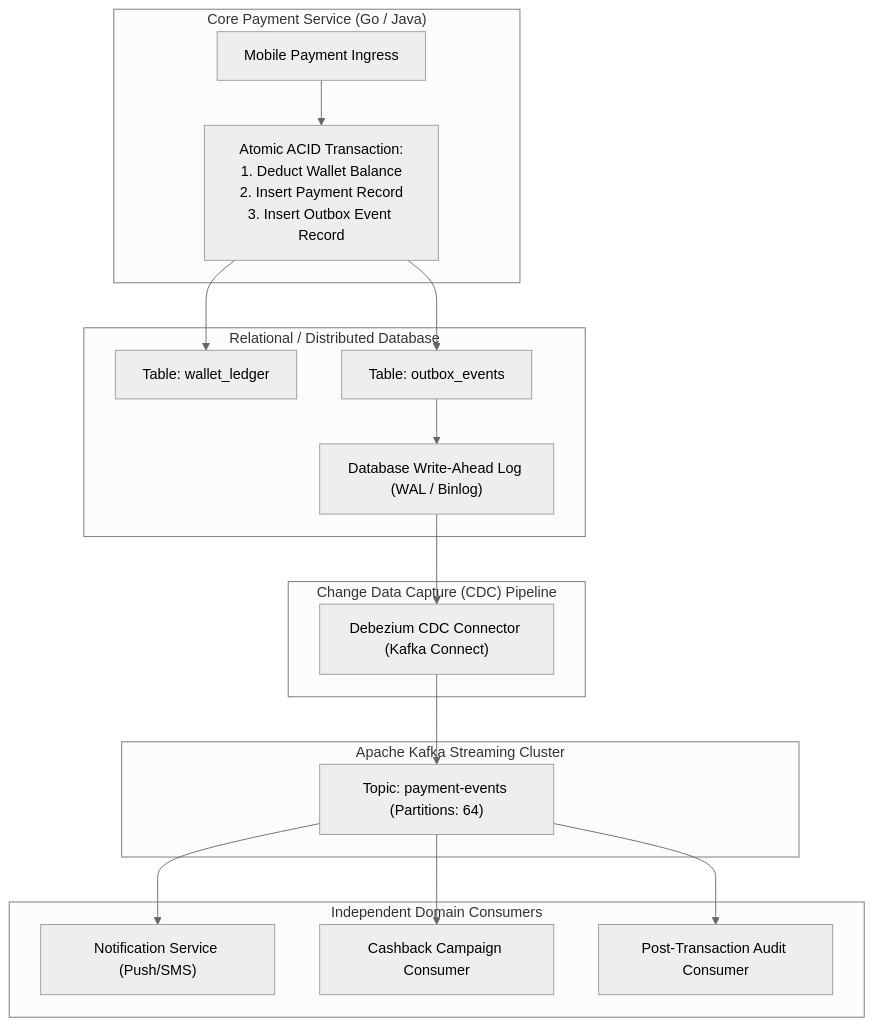
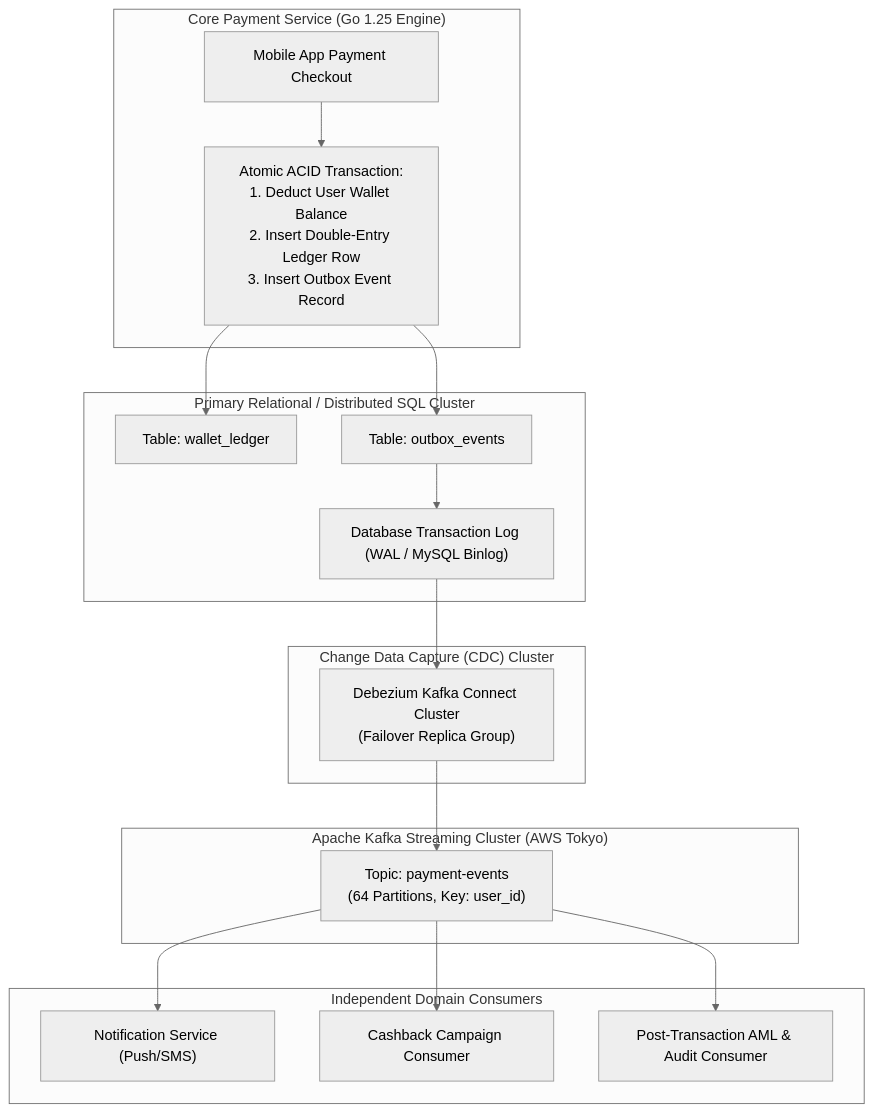
The first of 3 diagrams in content/series/paypay-architecture/part-2-event-driven-kafka.md (vesviet/vesviet), drawn with Mermaid (neutral theme) before and after one commit. The commit also changed other lines of this file and 36 other files, not shown here.

Commit message:
feat(sprint-2): upgrade paypay and shopee architecture series to 2027 SOTA masterclass

````diff
--- a/content/series/paypay-architecture/part-2-event-driven-kafka.md
+++ b/content/series/paypay-architecture/part-2-event-driven-kafka.md
@@ -53,38 +66,38 @@
 ```mermaid
 flowchart TD
-    subgraph PaymentService["Core Payment Service (Go / Java)"]
-        CLIENT["Mobile Payment Ingress"]
-        BIZ_TX["Atomic ACID Transaction:<br/>1. Deduct Wallet Balance<br/>2. Insert Payment Record<br/>3. Insert Outbox Event Record"]
+    subgraph PaymentService["Core Payment Service (Go 1.25 Engine)"]
+        CLIENT["Mobile App Payment Checkout"]
+        BIZ_TX["Atomic ACID Transaction:<br/>1. Deduct User Wallet Balance<br/>2. Insert Double-Entry Ledger Row<br/>3. Insert Outbox Event Record"]
     end
 
-    subgraph DatabaseTier["Relational / Distributed Database"]
+    subgraph DatabaseTier["Primary Relational / Distributed SQL Cluster"]
         LEDGER_TBL["Table: wallet_ledger"]
         OUTBOX_TBL["Table: outbox_events"]
-        WAL["Database Write-Ahead Log (WAL / Binlog)"]
+        WAL["Database Transaction Log (WAL / MySQL Binlog)"]
     end
 
-    subgraph IngestionPipeline["Change Data Capture (CDC) Pipeline"]
-        DEBEZIUM["Debezium CDC Connector (Kafka Connect)"]
+    subgraph IngestionPipeline["Change Data Capture (CDC) Cluster"]
+        DEBEZIUM["Debezium Kafka Connect Cluster<br/>(Failover Replica Group)"]
     end
 
-    subgraph EventStream["Apache Kafka Streaming Cluster"]
-        TOPIC_PAY["Topic: payment-events (Partitions: 64)"]
+    subgraph EventStream["Apache Kafka Streaming Cluster (AWS Tokyo)"]
+        TOPIC_PAY["Topic: payment-events<br/>(64 Partitions, Key: user_id)"]
     end
 
     subgraph DownstreamConsumers["Independent Domain Consumers"]
         CONS_NOTIF["Notification Service (Push/SMS)"]
         CONS_REWARD["Cashback Campaign Consumer"]
-        CONS_RISK["Post-Transaction Audit Consumer"]
+        CONS_RISK["Post-Transaction AML & Audit Consumer"]
     end
 
     CLIENT --> BIZ_TX
     BIZ_TX --> LEDGER_TBL
     BIZ_TX --> OUTBOX_TBL
     OUTBOX_TBL --> WAL
     WAL --> DEBEZIUM
     DEBEZIUM --> TOPIC_PAY
 
     TOPIC_PAY --> CONS_NOTIF
     TOPIC_PAY --> CONS_REWARD
     TOPIC_PAY --> CONS_RISK
 ```
````
